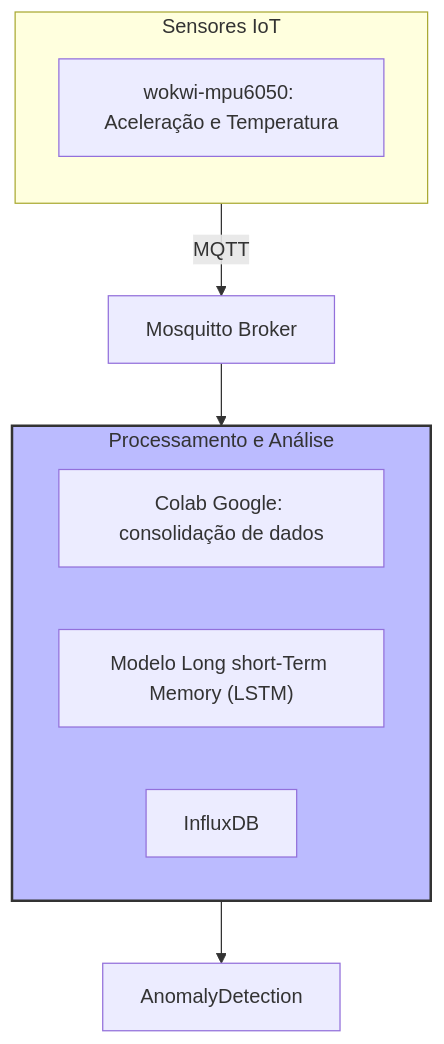
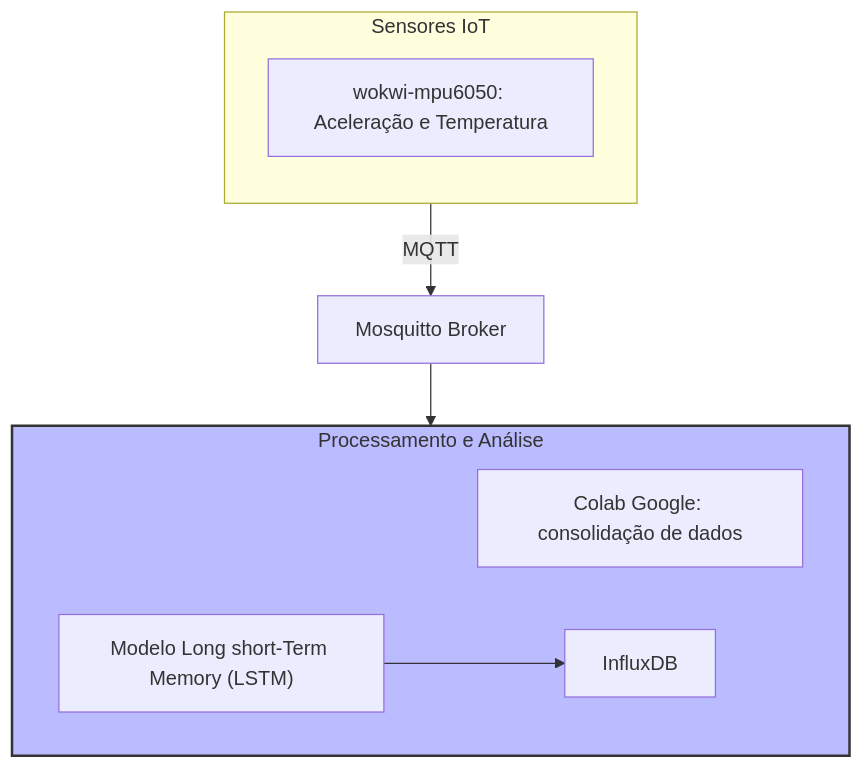
Before and after one commit to 2024S2-CCIoT/anthon_hax: the second of 2 diagrams in artigo.md, drawn with Mermaid.

````diff
--- a/artigo.md
+++ b/artigo.md
@@ -66,33 +66,33 @@
 ```mermaid
 flowchart TD
     subgraph IoT_Sensors["Sensores IoT"]
         direction TB
         Sensor1["wokwi-mpu6050: Aceleração e Temperatura"]
     end
     
         direction LR
         MQTT["Mosquitto Broker"]
 
     subgraph Processamento["Processamento e Análise"]
         direction LR
         Colab["Colab Google: consolidação de dados"]
         MLModel["Modelo Long short-Term Memory (LSTM)"]
         Data["InfluxDB"]
     end
 
 
     %% Fluxos de Dados
     Sensor1 -->|MQTT| MQTT
     MQTT --> MLModel
-    MLModel --> AnomalyDetection
+    MLModel --> Data
 
 
     %% Legend
     classDef protocolo fill:#f9f,stroke:#333,stroke-width:2px;
     classDef processamento fill:#bbf,stroke:#333,stroke-width:2px;
     classDef gerenciamento fill:#bfb,stroke:#333,stroke-width:2px;
     
     class Protocolos protocolo;
     class Processamento processamento;
     class Gerenciamento gerenciamento;
 ```
````
